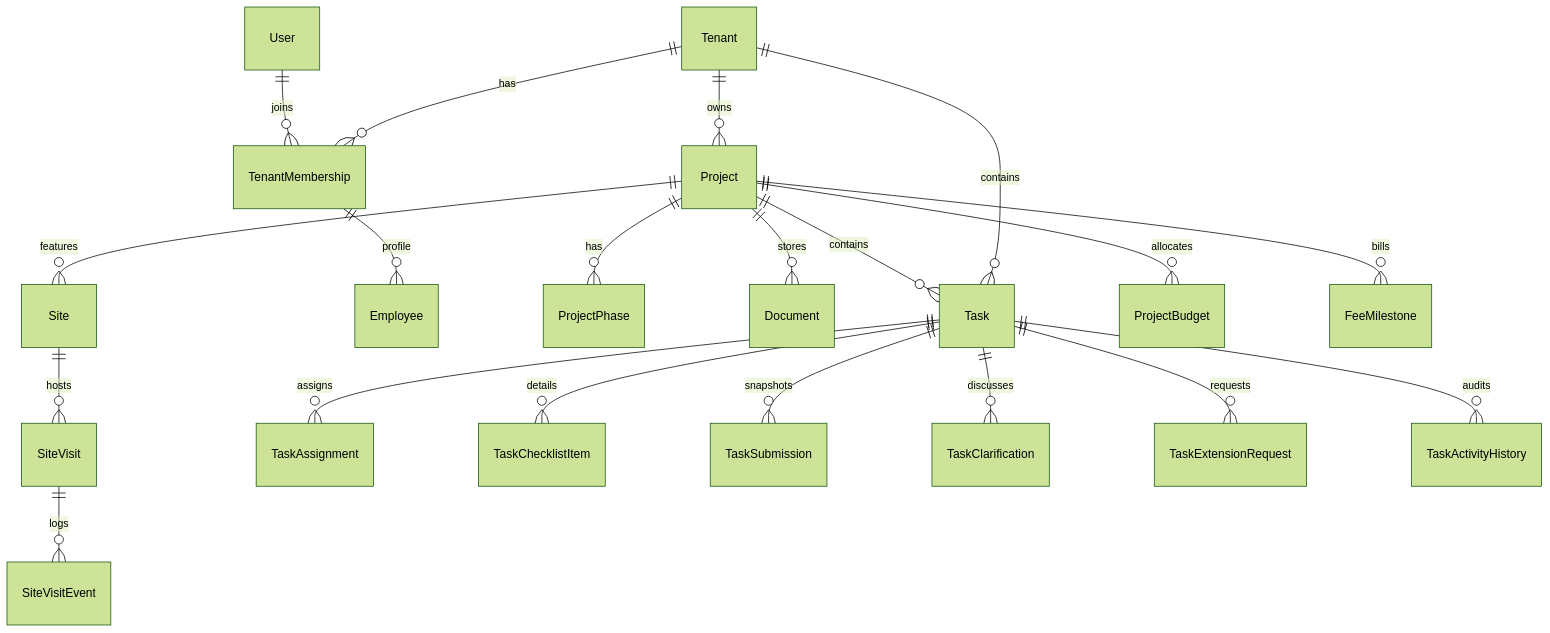
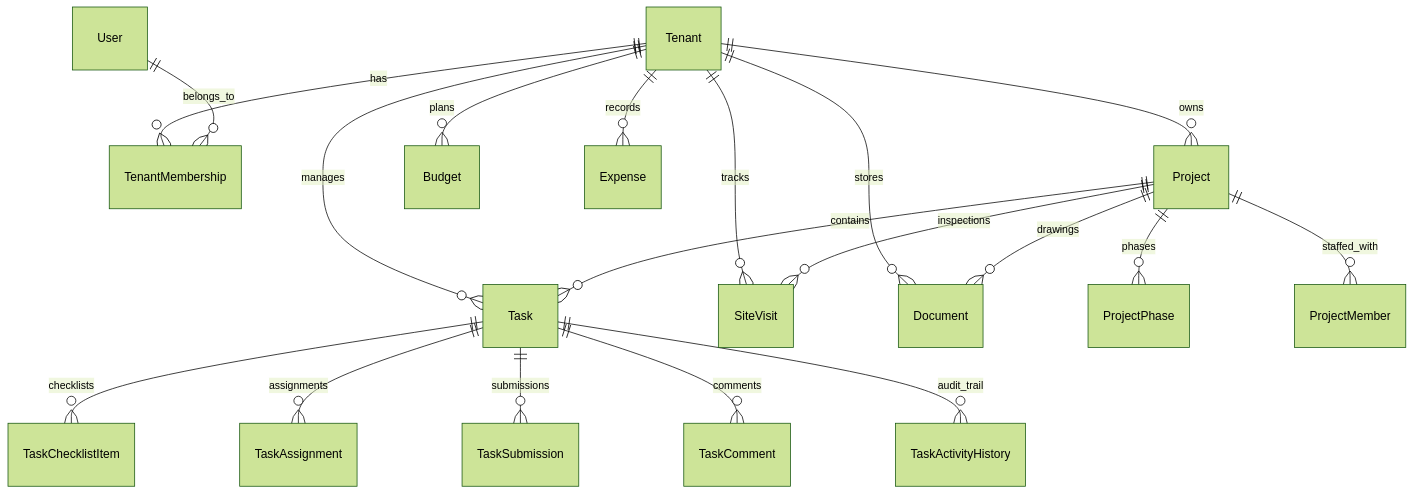
Before and after one commit to SakshamLanjewarDS/miniEmployeeManagementSoftware: the diagram in .planning/PROJECT.md, drawn with Mermaid (forest theme). The commit also changed other lines of this file and 213 other files, not shown here.

````diff
--- a/.planning/PROJECT.md
+++ b/.planning/PROJECT.md
@@ -84,22 +101,21 @@
 ```mermaid
 erDiagram
     Tenant ||--o{ TenantMembership : has
     Tenant ||--o{ Project : owns
-    Tenant ||--o{ Task : contains
-    User ||--o{ TenantMembership : joins
-    TenantMembership ||--o{ Employee : profile
-    Project ||--o{ ProjectPhase : has
+    Tenant ||--o{ Task : manages
+    Tenant ||--o{ SiteVisit : tracks
+    Tenant ||--o{ Document : stores
+    Tenant ||--o{ Budget : plans
+    Tenant ||--o{ Expense : records
+    User ||--o{ TenantMembership : belongs_to
     Project ||--o{ Task : contains
-    Project ||--o{ Document : stores
-    Project ||--o{ Site : features
-    Site ||--o{ SiteVisit : hosts
-    SiteVisit ||--o{ SiteVisitEvent : logs
-    Project ||--o{ ProjectBudget : allocates
-    Project ||--o{ FeeMilestone : bills
-    Task ||--o{ TaskAssignment : assigns
-    Task ||--o{ TaskChecklistItem : details
-    Task ||--o{ TaskSubmission : snapshots
-    Task ||--o{ TaskClarification : discusses
-    Task ||--o{ TaskExtensionRequest : requests
-    Task ||--o{ TaskActivityHistory : audits
+    Project ||--o{ ProjectPhase : phases
+    Project ||--o{ ProjectMember : staffed_with
+    Project ||--o{ Document : drawings
+    Project ||--o{ SiteVisit : inspections
+    Task ||--o{ TaskChecklistItem : checklists
+    Task ||--o{ TaskAssignment : assignments
+    Task ||--o{ TaskSubmission : submissions
+    Task ||--o{ TaskComment : comments
+    Task ||--o{ TaskActivityHistory : audit_trail
 ```
````
